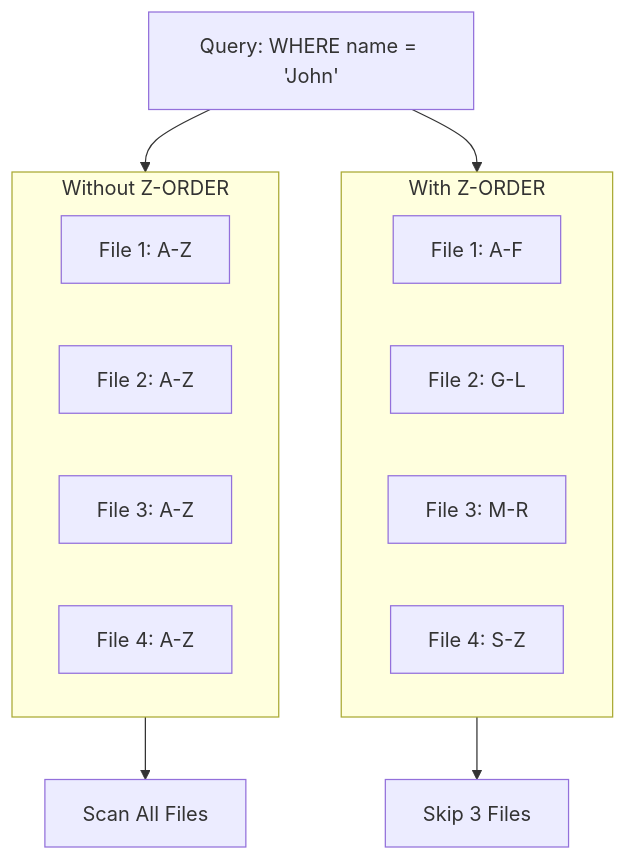
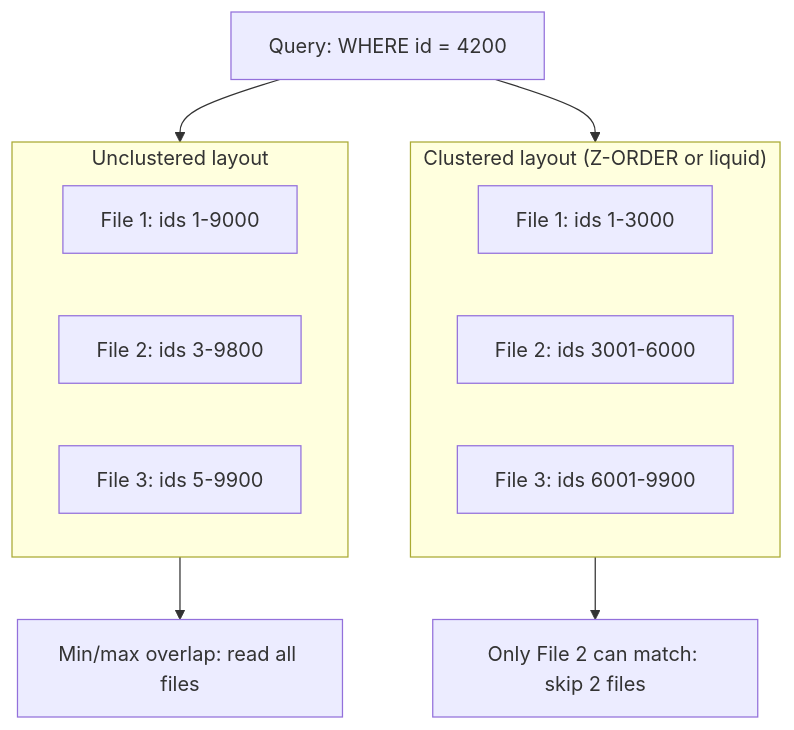
The first of 2 diagrams in certifications/data-engineer-professional/05-cost-and-performance-optimization/03-zorder-indexing.md (kengio/databricks-certification-study-guide), drawn with Mermaid before and after one commit. The commit also changed other lines of this file and 108 other files, not shown here.

````diff
--- a/certifications/data-engineer-professional/05-cost-and-performance-optimization/03-zorder-indexing.md
+++ b/certifications/data-engineer-professional/05-cost-and-performance-optimization/03-zorder-indexing.md
@@ -16,23 +35,21 @@
 ```mermaid
 flowchart TB
-    subgraph Without["Without Z-ORDER"]
+    subgraph Without["Unclustered layout"]
         direction LR
-        F1[File 1: A-Z]
-        F2[File 2: A-Z]
-        F3[File 3: A-Z]
-        F4[File 4: A-Z]
+        F1[File 1: ids 1-9000]
+        F2[File 2: ids 3-9800]
+        F3[File 3: ids 5-9900]
     end
 
-    subgraph With["With Z-ORDER"]
+    subgraph With["Clustered layout (Z-ORDER or liquid)"]
         direction LR
-        Z1[File 1: A-F]
-        Z2[File 2: G-L]
-        Z3[File 3: M-R]
-        Z4[File 4: S-Z]
+        Z1[File 1: ids 1-3000]
+        Z2[File 2: ids 3001-6000]
+        Z3[File 3: ids 6001-9900]
     end
 
-    Query[Query: WHERE name = 'John'] --> Without
+    Query["Query: WHERE id = 4200"] --> Without
     Query --> With
-    Without --> Scan[Scan All Files]
-    With --> Skip[Skip 3 Files]
+    Without --> Scan[Min/max overlap: read all files]
+    With --> Skip[Only File 2 can match: skip 2 files]
 ```
````
